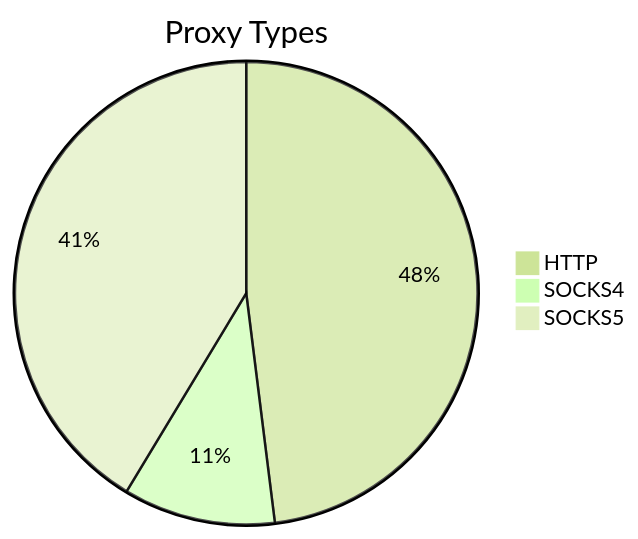
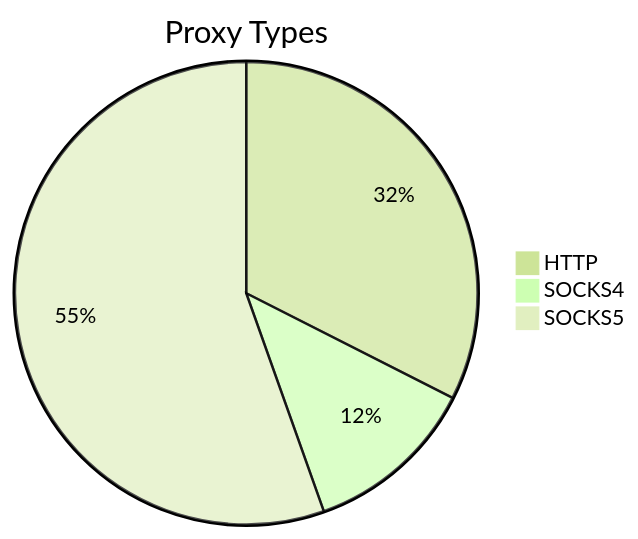
One commit to stormsia/proxy-list changed the first of 2 diagrams in README.md. Above: the diagram before and after it, drawn with Mermaid (forest theme). The commit also changed other lines of this file, not shown here.

````diff
--- a/README.md
+++ b/README.md
@@ -21,6 +21,6 @@
 ```mermaid
 pie title Proxy Types
-    "HTTP" : 425
-    "SOCKS4" : 94
-    "SOCKS5" : 366
+    "HTTP" : 188
+    "SOCKS4" : 70
+    "SOCKS5" : 321
 ```
````
